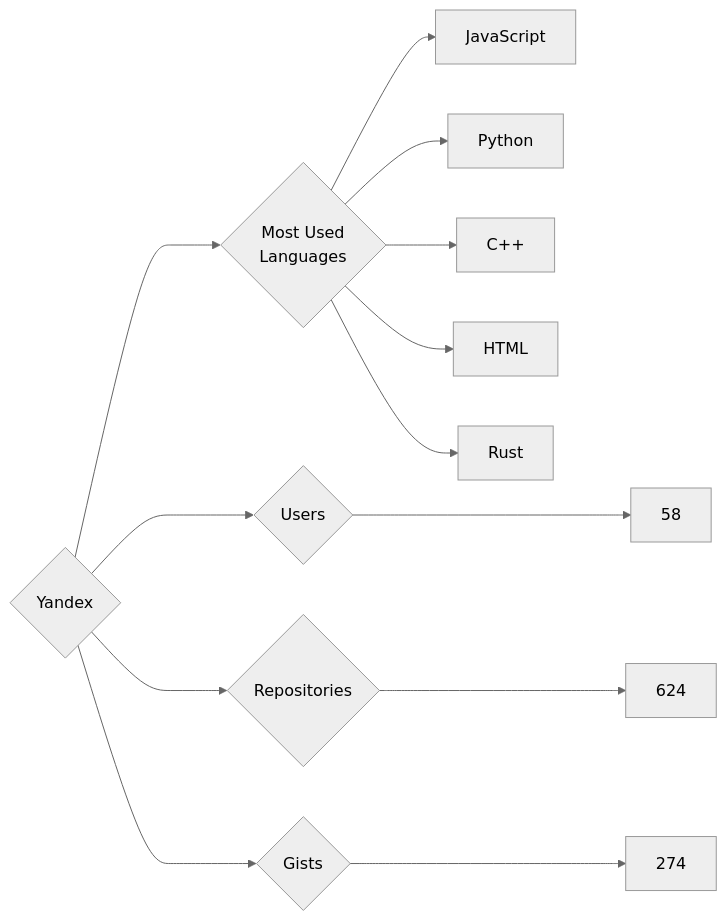
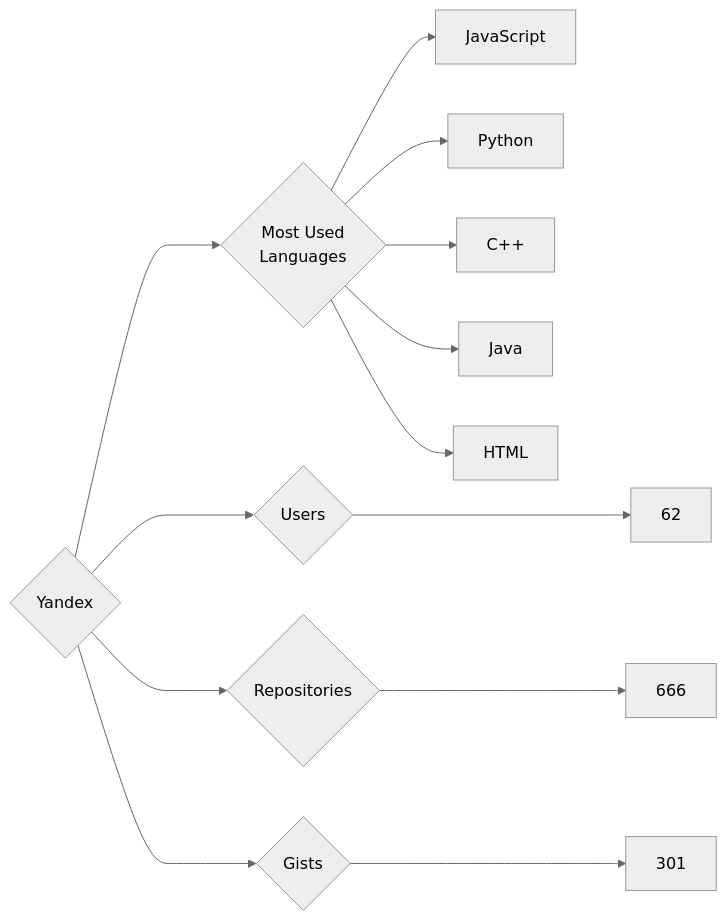
One commit to trickest/insiders changed the diagram in targets/Yandex/README.md. Above: the diagram before and after it, drawn with Mermaid (neutral theme). The commit also changed 928 other files, not shown here.

````diff
--- a/targets/Yandex/README.md
+++ b/targets/Yandex/README.md
@@ -3,13 +3,13 @@
 ```mermaid
 graph LR
 COMPANY_NAME{Yandex}
-COMPANY_NAME ---> U{Users} ---> UN[58]
-COMPANY_NAME ---> R{Repositories} ---> RN[624]
-COMPANY_NAME ---> G{Gists} ---> GN[274]
+COMPANY_NAME ---> U{Users} ---> UN[62]
+COMPANY_NAME ---> R{Repositories} ---> RN[666]
+COMPANY_NAME ---> G{Gists} ---> GN[301]
 COMPANY_NAME ---> ML{Most Used<br>Languages}
 ML --> JavaScript[JavaScript]
 ML --> Python[Python]
 ML --> C++[C++]
+ML --> Java[Java]
 ML --> HTML[HTML]
-ML --> Rust[Rust]
 ```
````
